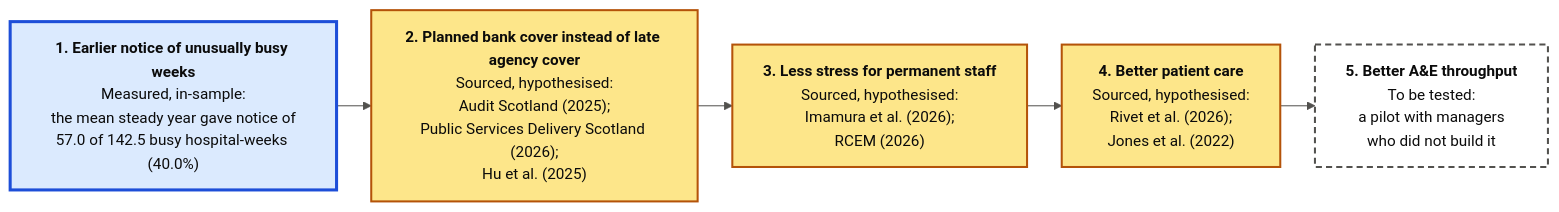
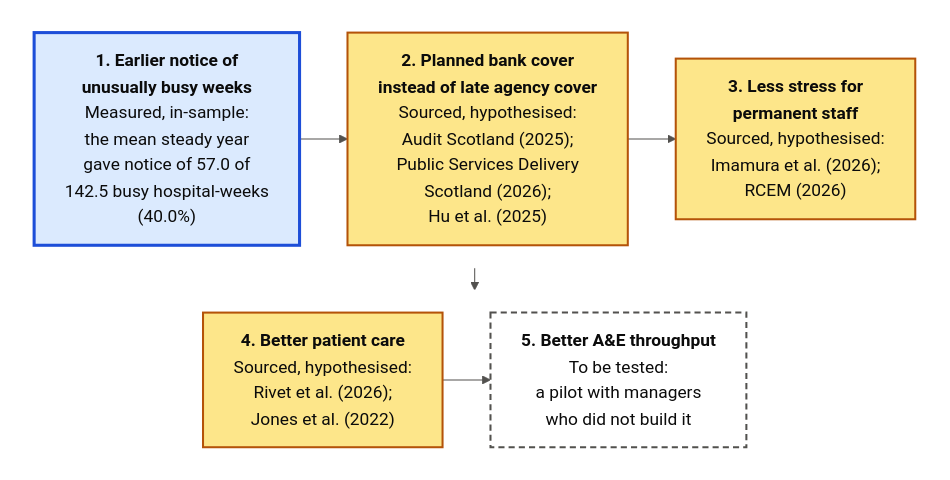
The diagram in diagram/value_chain.mmd (PaddyGilliland1/industry-integrated-ai-system-synthesis-old), drawn with Mermaid before and after one commit. The commit also changed 10 other files, not shown here.

First line of the commit message:
Redraw Figures 1, 2, 3 and 5 so their smallest text prints at 8 pt or more at a 16 cm column

```diff
--- a/diagram/value_chain.mmd
+++ b/diagram/value_chain.mmd
@@ -1,32 +1,45 @@
 ---
 config:
   theme: base
   themeVariables:
-    fontSize: 15px
+    fontSize: 17px
     fontFamily: "DejaVu Sans, Arial, sans-serif"
     primaryTextColor: "#0b0b0b"
     lineColor: "#52514e"
+    clusterBkg: "#ffffff"
+    clusterBorder: "#ffffff"
   flowchart:
     curve: basis
     htmlLabels: true
-    wrappingWidth: 260
+    wrappingWidth: 240
     nodeSpacing: 24
-    rankSpacing: 34
+    rankSpacing: 22
 ---
-flowchart LR
+flowchart TB
 %% Figure 2: the value chain. Each link's style is its evidence label from
 %% TERMS.md: measured in-sample, sourced and hypothesised, or to be tested.
 %% Link 1's counts come from the notebook's Figure 6; links 2 to 4 name the
 %% checked sources that support them, none an effect this system has shown.
-  L1["<b>1. Earlier notice of unusually busy weeks</b><br/>Measured, in-sample:<br/>the mean steady year gave notice of<br/>57.0 of 142.5 busy hospital-weeks (40.0%)"]
-  L2["<b>2. Planned bank cover instead of late agency cover</b><br/>Sourced, hypothesised:<br/>Audit Scotland (2025);<br/>Public Services Delivery Scotland (2026);<br/>Hu et al. (2025)"]
-  L3["<b>3. Less stress for permanent staff</b><br/>Sourced, hypothesised:<br/>Imamura et al. (2026);<br/>RCEM (2026)"]
-  L4["<b>4. Better patient care</b><br/>Sourced, hypothesised:<br/>Rivet et al. (2026);<br/>Jones et al. (2022)"]
-  L5["<b>5. Better A&amp;E throughput</b><br/>To be tested:<br/>a pilot with managers<br/>who did not build it"]
-  L1 --> L2 --> L3 --> L4 --> L5
+%% The links sit on two rows, so that the smallest text prints at 8 pt or more
+%% at a 16 cm column; each row's frame is drawn white, and the arrow between
+%% the rows carries link 3 on to link 4.
+  subgraph ROW1[" "]
+    direction LR
+    L1["<b>1. Earlier notice of<br/>unusually busy weeks</b><br/>Measured, in-sample:<br/>the mean steady year<br/>gave notice of 57.0 of<br/>142.5 busy hospital-weeks<br/>(40.0%)"]
+    L2["<b>2. Planned bank cover<br/>instead of late agency cover</b><br/>Sourced, hypothesised:<br/>Audit Scotland (2025);<br/>Public Services Delivery<br/>Scotland (2026);<br/>Hu et al. (2025)"]
+    L3["<b>3. Less stress for<br/>permanent staff</b><br/>Sourced, hypothesised:<br/>Imamura et al. (2026);<br/>RCEM (2026)"]
+    L1 --> L2 --> L3
+  end
+  subgraph ROW2[" "]
+    direction LR
+    L4["<b>4. Better patient care</b><br/>Sourced, hypothesised:<br/>Rivet et al. (2026);<br/>Jones et al. (2022)"]
+    L5["<b>5. Better A&amp;E throughput</b><br/>To be tested:<br/>a pilot with managers<br/>who did not build it"]
+    L4 --> L5
+  end
+  ROW1 --> ROW2
   classDef measured fill:#dbeafe,stroke:#1d4ed8,stroke-width:3px
   classDef sourced fill:#fde68a,stroke:#b45309,stroke-width:2px
   classDef tested fill:#ffffff,stroke:#52514e,stroke-width:2px,stroke-dasharray:6 4
   class L1 measured
   class L2,L3,L4 sourced
   class L5 tested
```
